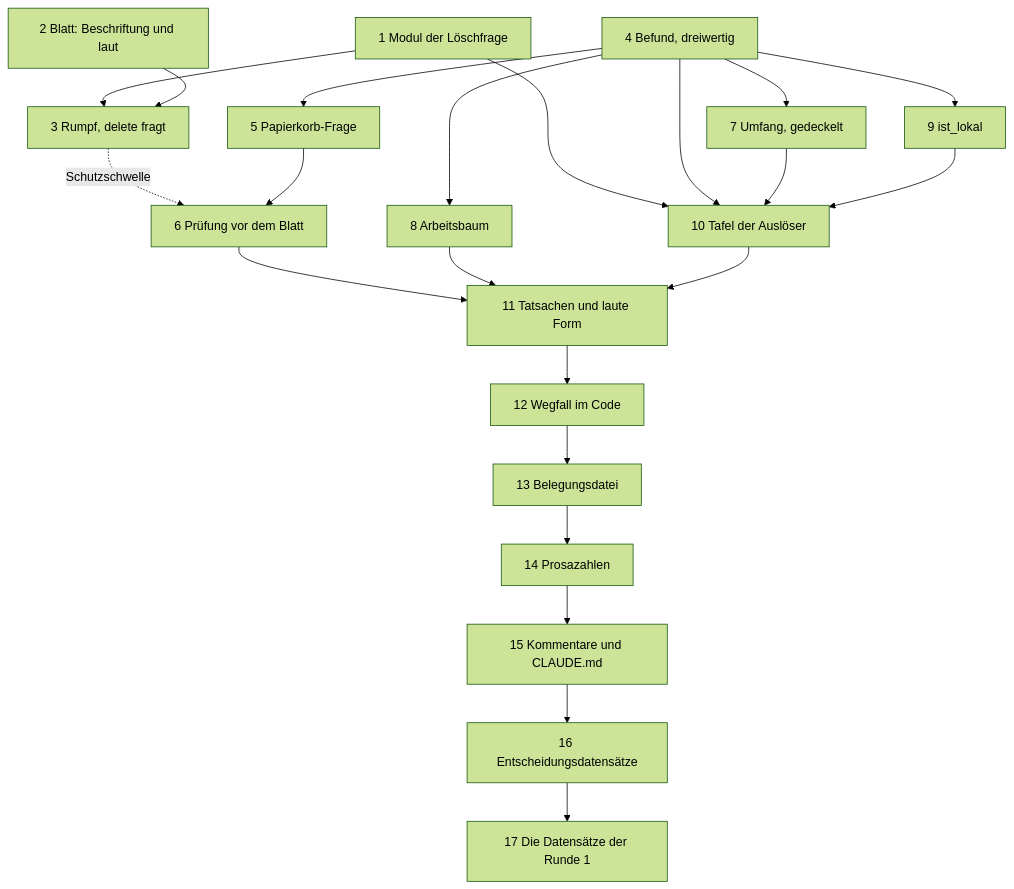
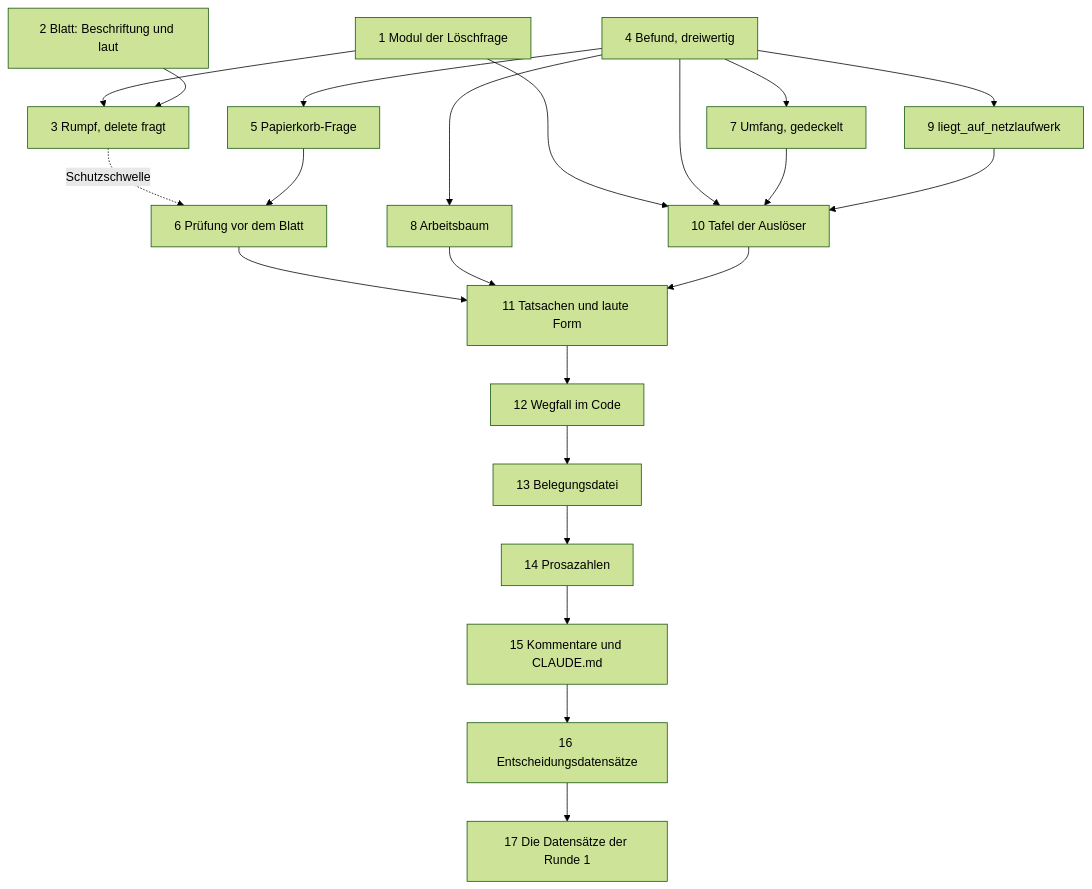
Before and after one commit to tenzoki/krk: the third of 3 diagrams in fusion-workbench/circles/260817-0833-jeder-loeschweg-mit-rueckfrage-und-nur-noch-papierkorb/planning/260817-0856_o_plan-absicherung-jedes-loeschwegs.md, drawn with Mermaid (forest theme). The commit also changed other lines of this file and 9 other files, not shown here.

````diff
--- a/fusion-workbench/circles/260817-0833-jeder-loeschweg-mit-rueckfrage-und-nur-noch-papierkorb/planning/260817-0856_o_plan-absicherung-jedes-loeschwegs.md
+++ b/fusion-workbench/circles/260817-0833-jeder-loeschweg-mit-rueckfrage-und-nur-noch-papierkorb/planning/260817-0856_o_plan-absicherung-jedes-loeschwegs.md
@@ -280,24 +323,24 @@
 ```mermaid
 flowchart TD
     S1["1 Modul der Löschfrage"] --> S3
     S2["2 Blatt: Beschriftung und laut"] --> S3["3 Rumpf, delete fragt"]
     S3 -.->|"Schutzschwelle"| S6["6 Prüfung vor dem Blatt"]
     S4["4 Befund, dreiwertig"] --> S5["5 Papierkorb-Frage"]
     S4 --> S7["7 Umfang, gedeckelt"]
     S4 --> S8["8 Arbeitsbaum"]
-    S4 --> S9["9 ist_lokal"]
+    S4 --> S9["9 liegt_auf_netzlaufwerk"]
     S5 --> S6
     S1 --> S10["10 Tafel der Auslöser"]
     S4 --> S10
     S7 --> S10
     S9 --> S10
     S6 --> S11["11 Tatsachen und laute Form"]
     S8 --> S11
     S10 --> S11
     S11 --> S12["12 Wegfall im Code"]
     S12 --> S13["13 Belegungsdatei"]
     S13 --> S14["14 Prosazahlen"]
     S14 --> S15["15 Kommentare und CLAUDE.md"]
     S15 --> S16["16 Entscheidungsdatensätze"]
     S16 --> S17["17 Die Datensätze der Runde 1"]
 ```
````
